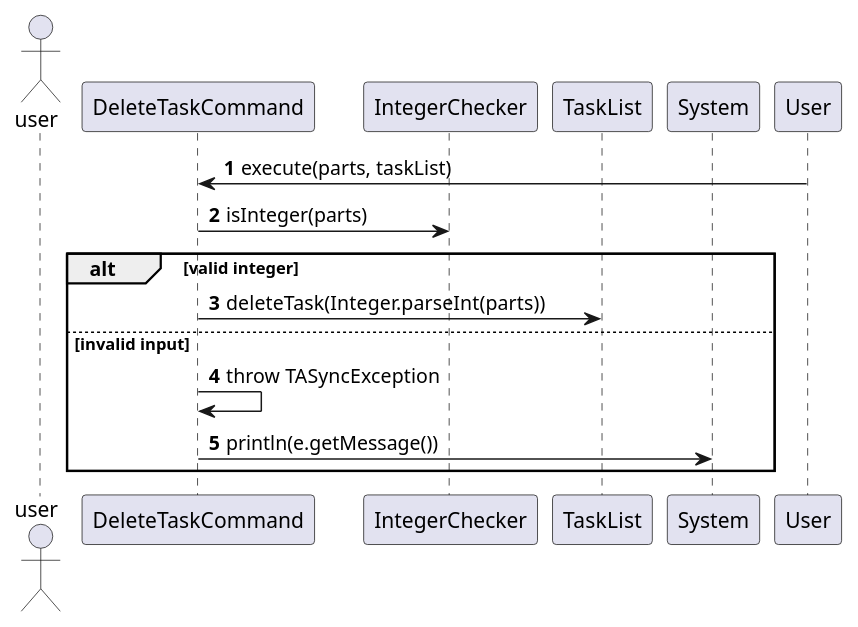
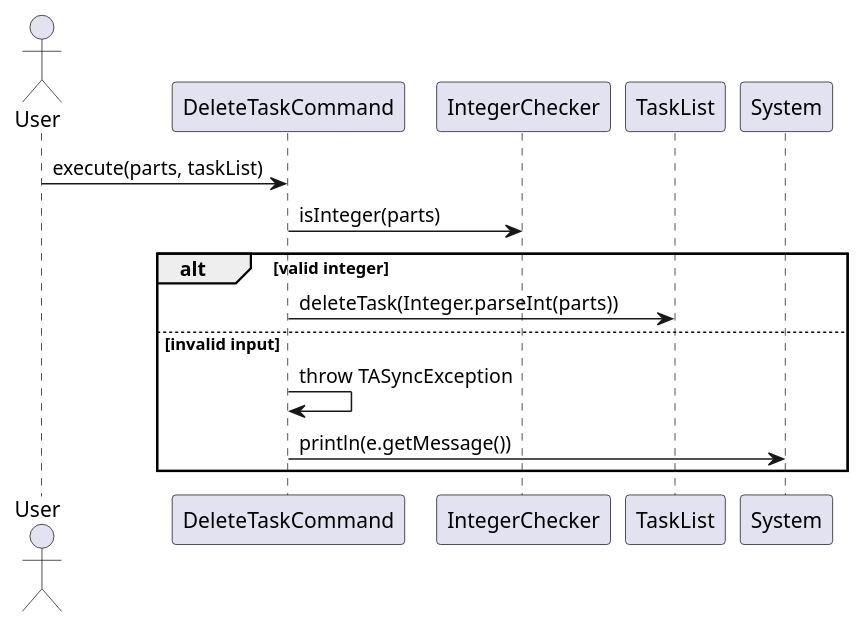
Before and after one commit to wongyihao02/tp: the diagram in docs/diagrams/tasklistcommands/DeleteTaskCommandSequenceDiagram.puml, drawn with PlantUML. The commit also changed 19 other files, not shown here.

Commit message:
Edit errors in sequence diagram

```diff
--- a/docs/diagrams/tasklistcommands/DeleteTaskCommandSequenceDiagram.puml
+++ b/docs/diagrams/tasklistcommands/DeleteTaskCommandSequenceDiagram.puml
@@ -1,22 +1,21 @@
 @startuml
 'https://plantuml.com/sequence-diagram
 
-actor user
-autonumber
+actor User
 
 participant "DeleteTaskCommand" as DeleteCmd
 participant "IntegerChecker" as Checker
 participant "TaskList" as TaskList
 participant "System" as Console
 
 User -> DeleteCmd : execute(parts, taskList)
 
 DeleteCmd -> Checker : isInteger(parts)
 alt valid integer
     DeleteCmd -> TaskList : deleteTask(Integer.parseInt(parts))
 else invalid input
     DeleteCmd -> DeleteCmd : throw TASyncException
     DeleteCmd -> Console : println(e.getMessage())
 end
 
 @enduml
```
